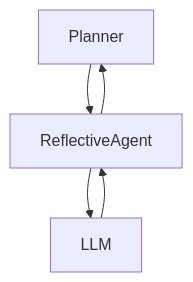
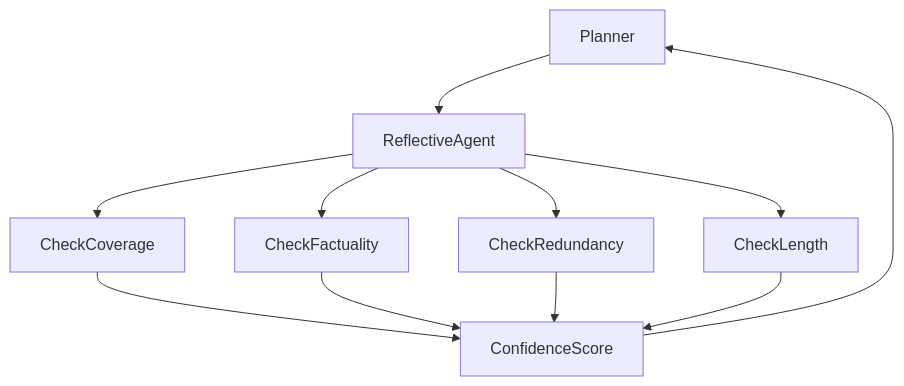
Before and after one commit to aisamai63/COMP248-AI-MATH-gp: the fifth of 9 diagrams in design/README_design.md, drawn with Mermaid. The commit also changed other lines of this file and 2 other files, not shown here.

Commit message:
Fixed hierarchy/workflow/ER/UML diagram rendering in GitHub preview

````diff
--- a/design/README_design.md
+++ b/design/README_design.md
@@ -178,7 +81,13 @@
 ```mermaid
 flowchart TD
   Planner --> ReflectiveAgent
-  ReflectiveAgent --> LLM
-  LLM --> ReflectiveAgent
-  ReflectiveAgent --> Planner
+  ReflectiveAgent --> CheckCoverage
+  ReflectiveAgent --> CheckFactuality
+  ReflectiveAgent --> CheckRedundancy
+  ReflectiveAgent --> CheckLength
+  CheckCoverage --> ConfidenceScore
+  CheckFactuality --> ConfidenceScore
+  CheckRedundancy --> ConfidenceScore
+  CheckLength --> ConfidenceScore
+  ConfidenceScore --> Planner
 ```
````
